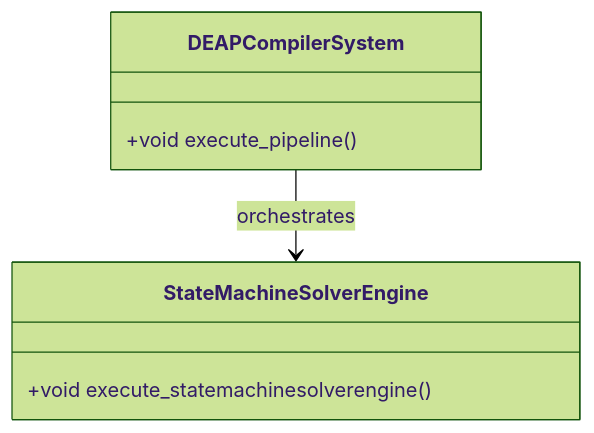
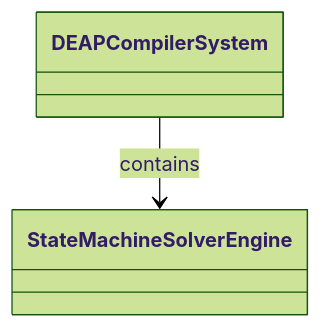
Before and after one commit to gintatkinson/dumpiler-01: the diagram in docs/features/FEAT-31-StateMachineSolverEngine.md, drawn with Mermaid (forest theme). The commit also changed other lines of this file and 101 other files, not shown here.

````diff
--- a/docs/features/FEAT-31-StateMachineSolverEngine.md
+++ b/docs/features/FEAT-31-StateMachineSolverEngine.md
@@ -25,10 +29,6 @@
 ```mermaid
 classDiagram
-    class DEAPCompilerSystem {
-        +void execute_pipeline()
-    }
-    class StateMachineSolverEngine {
-        +void execute_statemachinesolverengine()
-    }
-    DEAPCompilerSystem --> StateMachineSolverEngine : orchestrates
+    class DEAPCompilerSystem
+    class StateMachineSolverEngine
+    DEAPCompilerSystem --> StateMachineSolverEngine : contains
 ```
````
